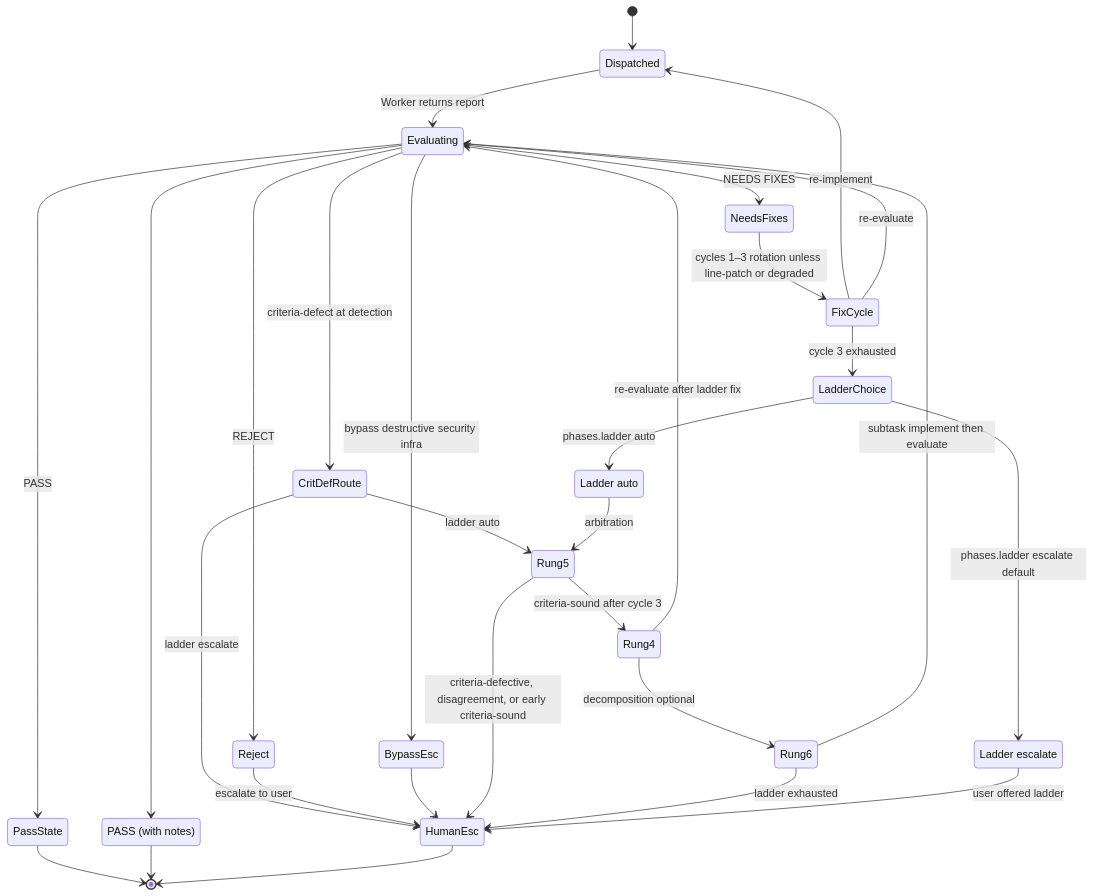
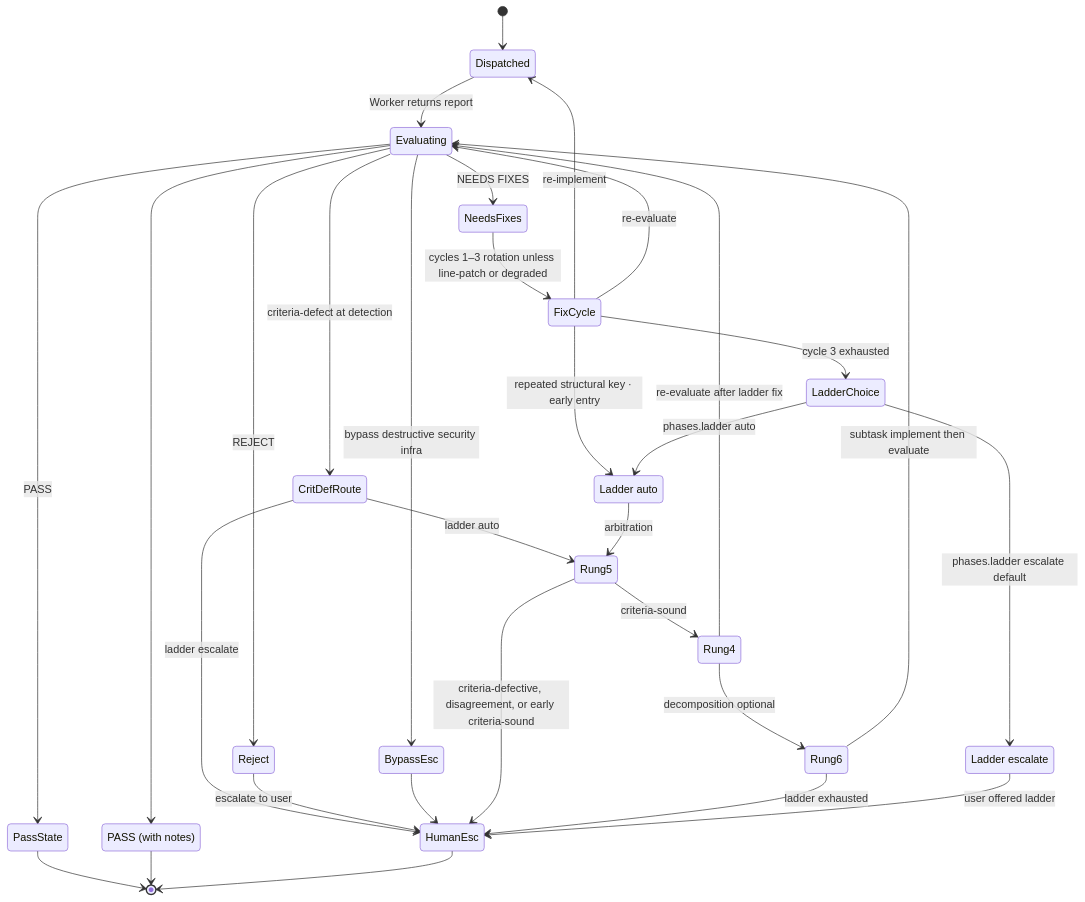
One commit to kdcllc/skills changed the seventh of 12 diagrams in docs/agent-kit/guide/architecture.md. Above: the diagram before and after it, drawn with Mermaid. The commit also changed other lines of this file and 2 other files, not shown here.

````diff
--- a/docs/agent-kit/guide/architecture.md
+++ b/docs/agent-kit/guide/architecture.md
@@ -210,35 +210,36 @@
 ```mermaid
 stateDiagram-v2
     [*] --> Dispatched
     Dispatched --> Evaluating: Worker returns report
     Evaluating --> PassState: PASS
     state "PASS (with notes)" as PassNotes
     Evaluating --> PassNotes
     Evaluating --> NeedsFixes: NEEDS FIXES
     Evaluating --> Reject: REJECT
     Evaluating --> BypassEsc: bypass destructive security infra
     Evaluating --> CritDefRoute: criteria-defect at detection
     CritDefRoute --> Rung5: ladder auto
     CritDefRoute --> HumanEsc: ladder escalate
     PassState --> [*]
     PassNotes --> [*]
     Reject --> HumanEsc: escalate to user
     BypassEsc --> HumanEsc
     NeedsFixes --> FixCycle: cycles 1–3 rotation unless line-patch or degraded
     FixCycle --> Dispatched: re-implement
     FixCycle --> Evaluating: re-evaluate
     FixCycle --> LadderChoice: cycle 3 exhausted
     state "Ladder auto" as LadderAuto
+    FixCycle --> LadderAuto: repeated structural key · early entry
     state "Ladder escalate" as LadderEsc
     LadderChoice --> LadderAuto: phases.ladder auto
     LadderChoice --> LadderEsc: phases.ladder escalate default
     LadderAuto --> Rung5: arbitration
-    Rung5 --> Rung4: criteria-sound after cycle 3
+    Rung5 --> Rung4: criteria-sound
     Rung5 --> HumanEsc: criteria-defective, disagreement, or early criteria-sound
     Rung4 --> Evaluating: re-evaluate after ladder fix
     Rung4 --> Rung6: decomposition optional
     Rung6 --> Evaluating: subtask implement then evaluate
     Rung6 --> HumanEsc: ladder exhausted
     LadderEsc --> HumanEsc: user offered ladder
     HumanEsc --> [*]
 ```
````
